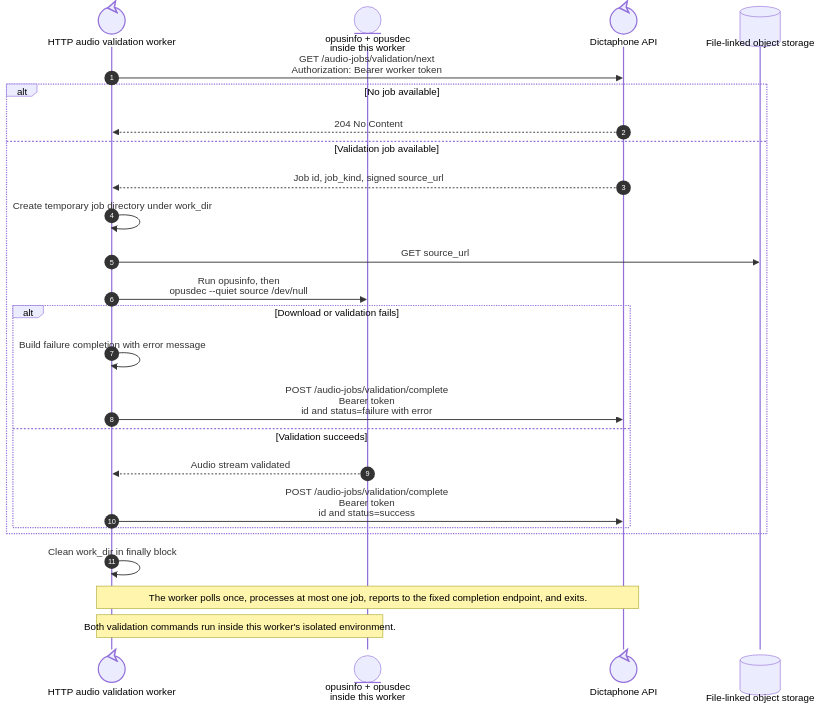
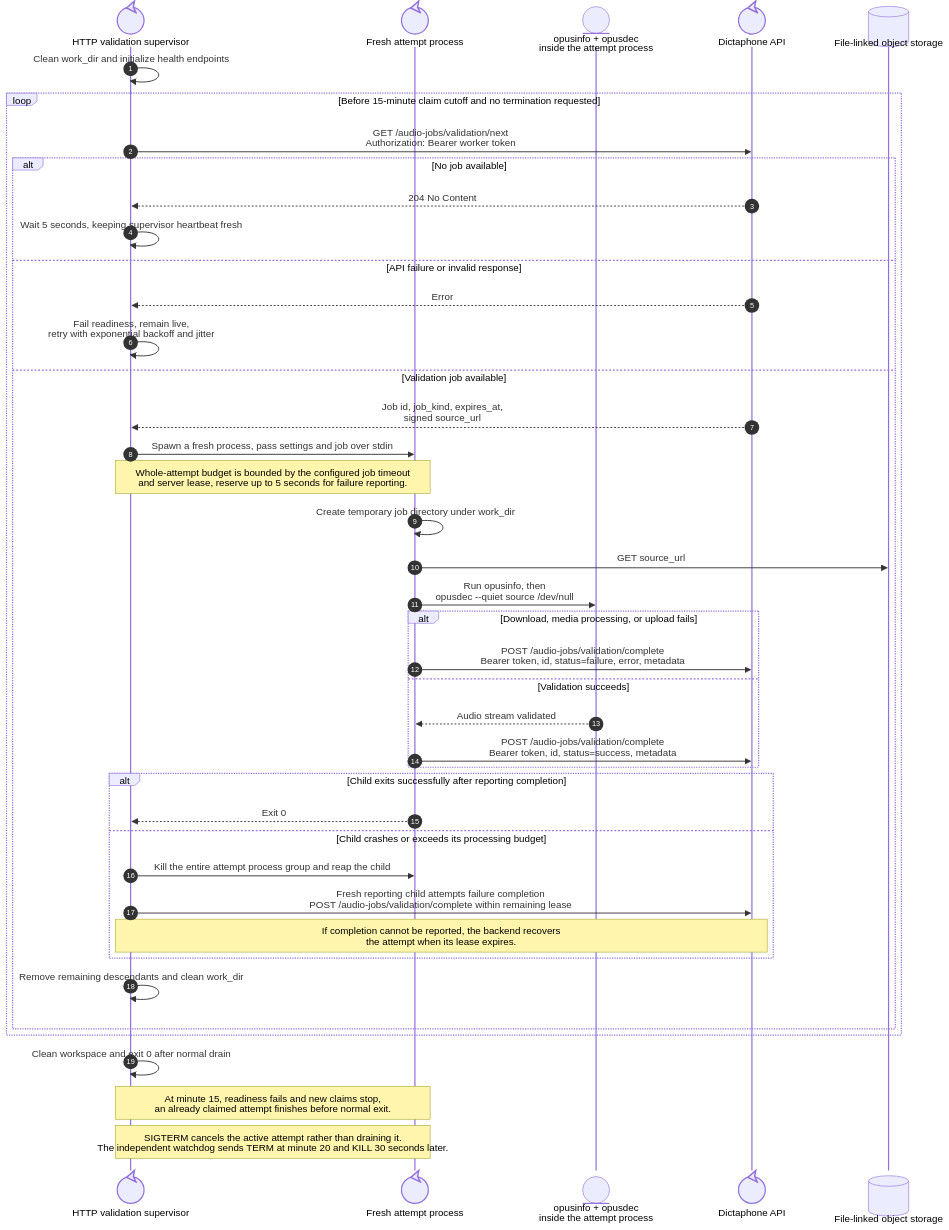
Before and after one commit to suitenumerique/dictaphone: the diagram in docs/diagrams/audio-validation-worker-sequence.mmd, drawn with Mermaid. The commit also changed 26 other files, not shown here.

```diff
--- a/docs/diagrams/audio-validation-worker-sequence.mmd
+++ b/docs/diagrams/audio-validation-worker-sequence.mmd
@@ -1,28 +1,44 @@
 sequenceDiagram
     autonumber
-    participant Worker@{ "type": "control" } as HTTP audio validation worker
-    participant Validators@{ "type": "entity" } as opusinfo + opusdec<br/>inside this worker
+    participant Worker@{ "type": "control" } as HTTP validation supervisor
+    participant Child@{ "type": "control" } as Fresh attempt process
+    participant Validators@{ "type": "entity" } as opusinfo + opusdec<br/>inside the attempt process
     participant API@{ "type": "control" } as Dictaphone API
     participant FileStore@{ "type": "database" } as File-linked object storage
 
-    Worker->>API: GET /audio-jobs/validation/next<br/>Authorization: Bearer worker token
-    alt No job available
-        API-->>Worker: 204 No Content
-    else Validation job available
-        API-->>Worker: Job id, job_kind, signed source_url
-        Worker->>Worker: Create temporary job directory under work_dir
-        Worker->>FileStore: GET source_url
-        Worker->>Validators: Run opusinfo, then<br/>opusdec --quiet source /dev/null
-
-        alt Download or validation fails
-            Worker->>Worker: Build failure completion with error message
-            Worker->>API: POST /audio-jobs/validation/complete<br/>Bearer token<br/>id and status=failure with error
-        else Validation succeeds
-            Validators-->>Worker: Audio stream validated
-            Worker->>API: POST /audio-jobs/validation/complete<br/>Bearer token<br/>id and status=success
+    Worker->>Worker: Clean work_dir and initialize health endpoints
+    loop Before 15-minute claim cutoff and no termination requested
+        Worker->>API: GET /audio-jobs/validation/next<br/>Authorization: Bearer worker token
+        alt No job available
+            API-->>Worker: 204 No Content
+            Worker->>Worker: Wait 5 seconds, keeping supervisor heartbeat fresh
+        else API failure or invalid response
+            API-->>Worker: Error
+            Worker->>Worker: Fail readiness, remain live,<br/>retry with exponential backoff and jitter
+        else Validation job available
+            API-->>Worker: Job id, job_kind, expires_at,<br/>signed source_url
+            Worker->>Child: Spawn a fresh process, pass settings and job over stdin
+            Note over Worker,Child: Whole-attempt budget is bounded by the configured job timeout<br/>and server lease, reserve up to 5 seconds for failure reporting.
+            Child->>Child: Create temporary job directory under work_dir
+            Child->>FileStore: GET source_url
+            Child->>Validators: Run opusinfo, then<br/>opusdec --quiet source /dev/null
+            alt Download, media processing, or upload fails
+                Child->>API: POST /audio-jobs/validation/complete<br/>Bearer token, id, status=failure, error, metadata
+            else Validation succeeds
+                Validators-->>Child: Audio stream validated
+                Child->>API: POST /audio-jobs/validation/complete<br/>Bearer token, id, status=success, metadata
+            end
+            alt Child exits successfully after reporting completion
+                Child-->>Worker: Exit 0
+            else Child crashes or exceeds its processing budget
+                Worker->>Child: Kill the entire attempt process group and reap the child
+                Worker->>API: Fresh reporting child attempts failure completion<br/>POST /audio-jobs/validation/complete within remaining lease
+                Note over Worker,API: If completion cannot be reported, the backend recovers<br/>the attempt when its lease expires.
+            end
+            Worker->>Worker: Remove remaining descendants and clean work_dir
         end
     end
-    Worker->>Worker: Clean work_dir in finally block
+    Worker->>Worker: Clean workspace and exit 0 after normal drain
 
-    Note over Worker,API: The worker polls once, processes at most one job, reports to the fixed completion endpoint, and exits.
-    Note over Worker,Validators: Both validation commands run inside this worker's isolated environment.
+    Note over Worker,Child: At minute 15, readiness fails and new claims stop,<br/>an already claimed attempt finishes before normal exit.
+    Note over Worker,Child: SIGTERM cancels the active attempt rather than draining it.<br/>The independent watchdog sends TERM at minute 20 and KILL 30 seconds later.
```
